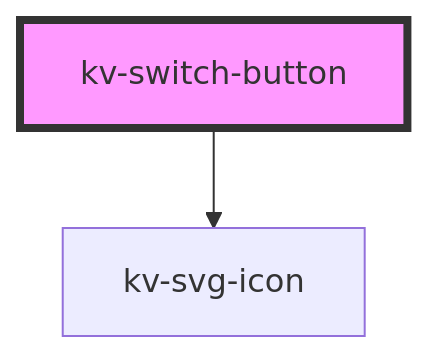
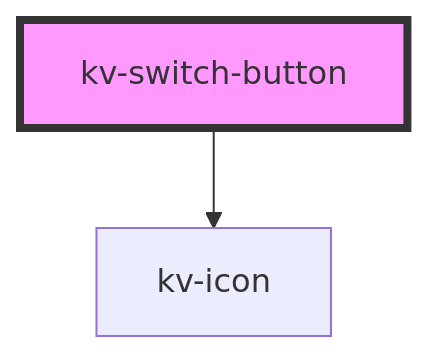
One commit to kelvininc/ui-components changed the diagram in packages/ui-components/src/components/switch-button/readme.md. Above: the diagram before and after it, drawn with Mermaid. The commit also changed other lines of this file and 54 other files, not shown here.

Commit message:
refactor!(icon): rename `kv-svg-icon` to `kv-icon`

````diff
--- a/packages/ui-components/src/components/switch-button/readme.md
+++ b/packages/ui-components/src/components/switch-button/readme.md
@@ -128,5 +128,5 @@
 ```mermaid
 graph TD;
-  kv-switch-button --> kv-svg-icon
+  kv-switch-button --> kv-icon
   style kv-switch-button fill:#f9f,stroke:#333,stroke-width:4px
 ```
````
